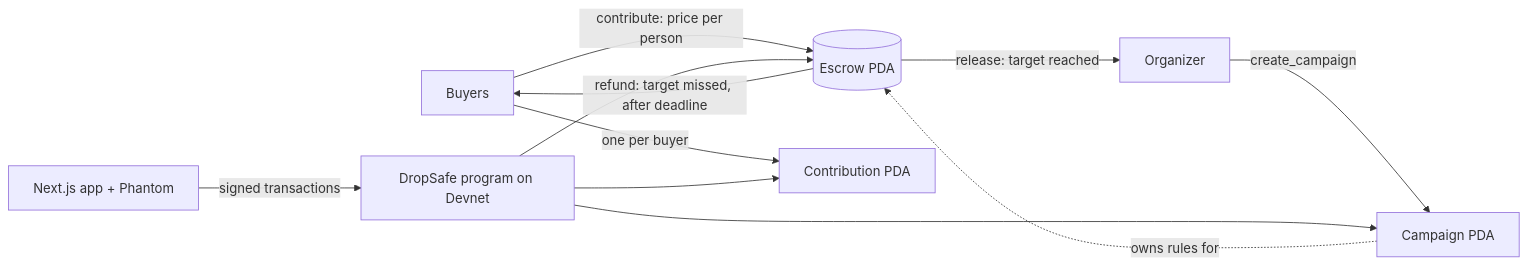
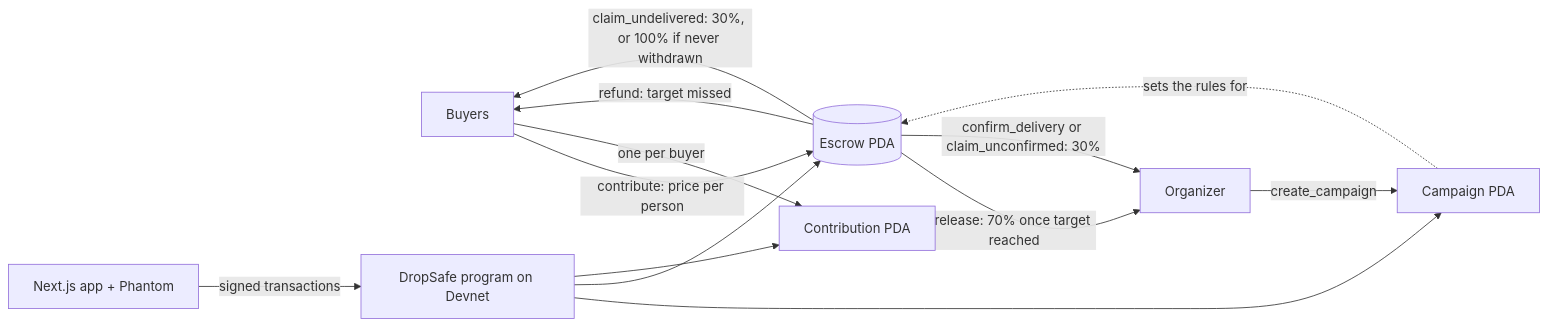
Before and after one commit to manxichen-boop/dropsafe: the first of 2 diagrams in README.md, drawn with Mermaid. The commit also changed other lines of this file and 13 other files, not shown here.

Commit message:
feat(app): add shipping, delivery and dispute flows for staged payouts

````diff
--- a/README.md
+++ b/README.md
@@ -23,13 +27,15 @@
 ```mermaid
 flowchart LR
     B[Buyers] -- "contribute: price per person" --> E[(Escrow PDA)]
     O[Organizer] -- create_campaign --> C[Campaign PDA]
-    C -. owns rules for .-> E
-    E -- "refund: target missed, after deadline" --> B
-    E -- "release: target reached" --> O
+    C -. sets the rules for .-> E
+    E -- "refund: target missed" --> B
+    E -- "claim_undelivered: 30%, or 100% if never withdrawn" --> B
+    E -- "release: 70% once target reached" --> O
+    E -- "confirm_delivery or claim_unconfirmed: 30%" --> O
     B -- "one per buyer" --> P[Contribution PDA]
     W[Next.js app + Phantom] -- signed transactions --> S[DropSafe program on Devnet]
     S --> C
     S --> E
     S --> P
 ```
````
